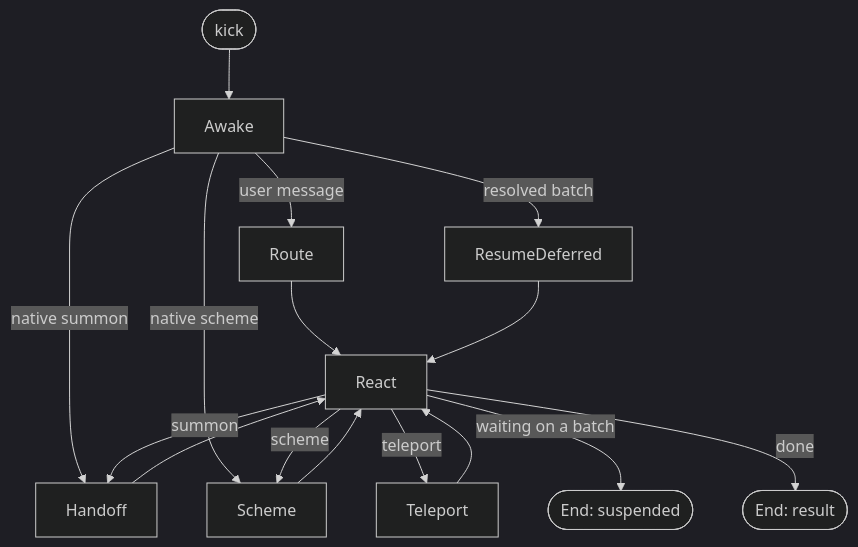
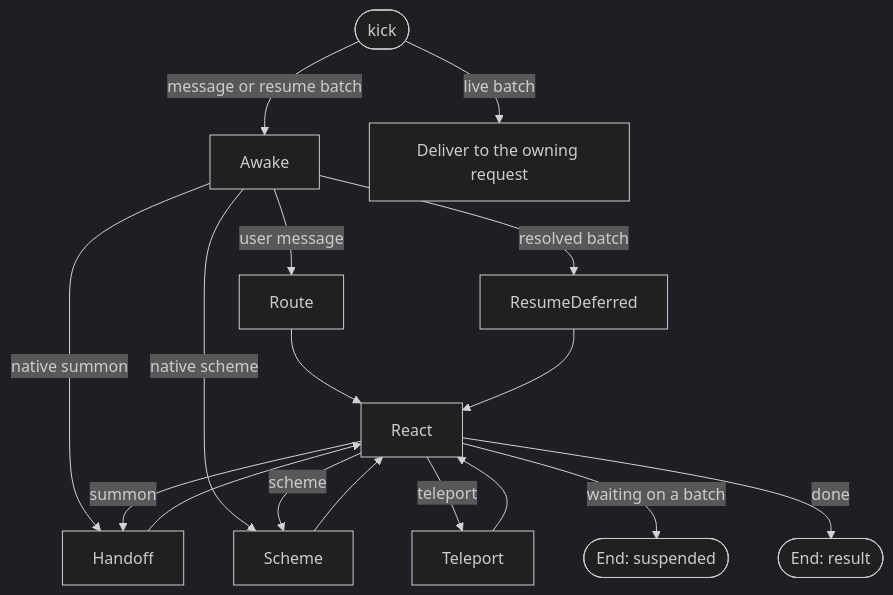
Before and after one commit to kalynnka/octomate: the diagram in docs/concepts/reflex.md, drawn with Mermaid (dark theme). The commit also changed other lines of this file and 121 other files, not shown here.

Commit message:
fix: keep timelines live during asynchronous actions (#112)

````diff
--- a/docs/concepts/reflex.md
+++ b/docs/concepts/reflex.md
@@ -15,18 +15,19 @@
 ```mermaid
 flowchart TD
-  START([kick]) --> Awake
+  START([kick]) -->|message or resume batch| Awake
+  START -->|live batch| Live[Deliver to the owning request]
   Awake -->|resolved batch| ResumeDeferred
   Awake -->|native summon| Handoff
   Awake -->|native scheme| Scheme
   Awake -->|user message| Route
   Route --> React
   React -->|summon| Handoff
   React -->|scheme| Scheme
   React -->|teleport| Teleport
   React -->|waiting on a batch| Deferred([End: suspended])
   React -->|done| Done([End: result])
   Handoff --> React
   Scheme --> React
   Teleport --> React
   ResumeDeferred --> React
 ```
````
